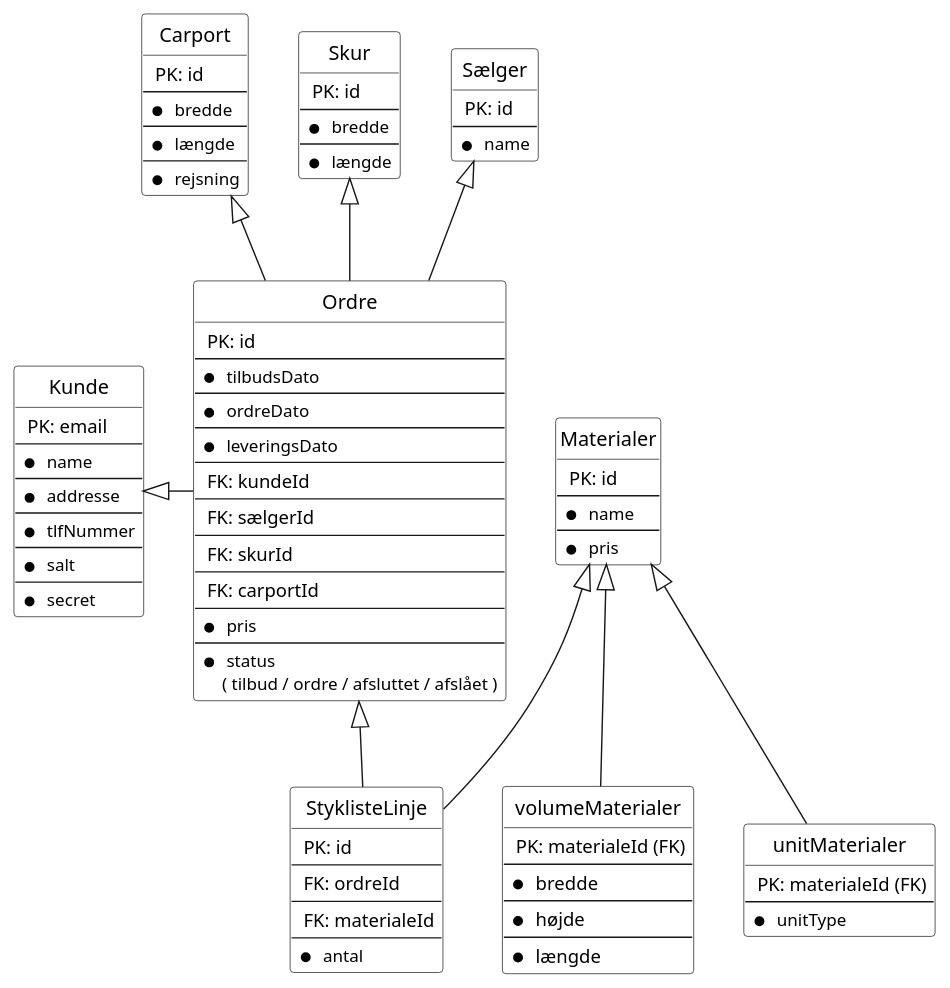
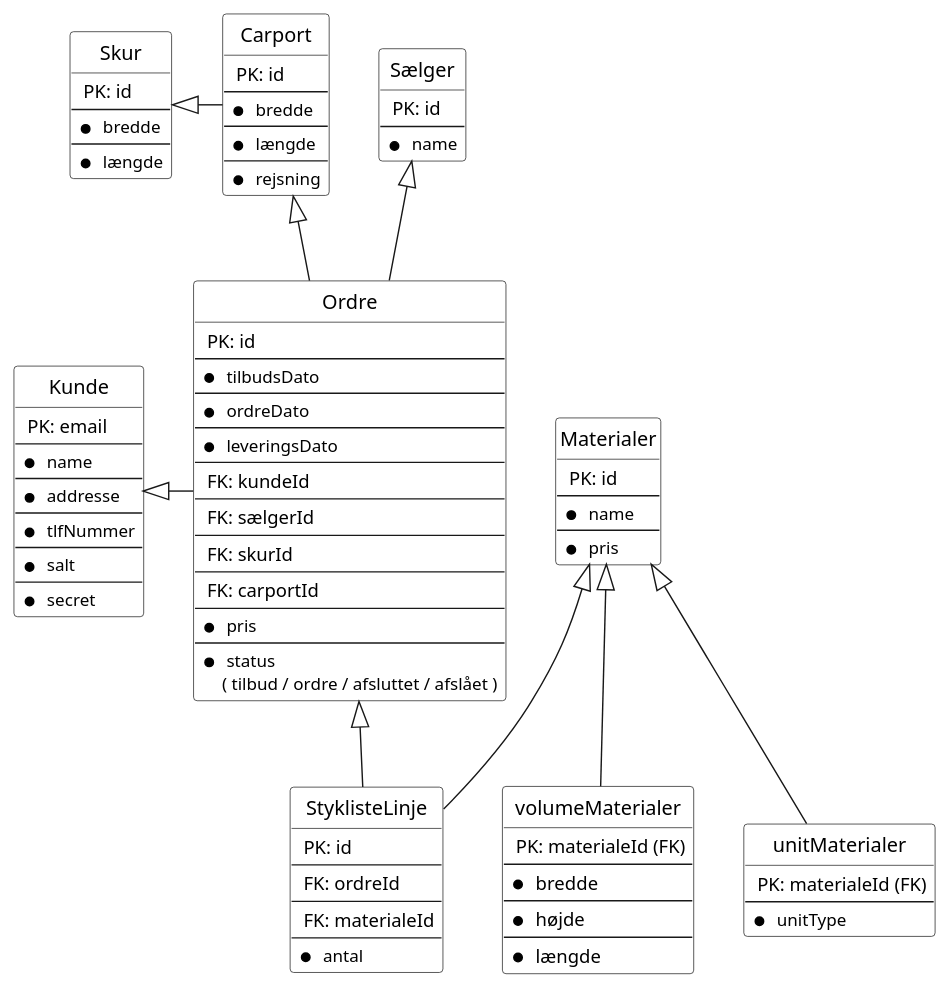
Before and after one commit to kalhauge/Fog: the second of 2 diagrams in src/main/Diagrammer/ER.puml, drawn with PlantUML. The commit also changed other lines of this file and 2 other files, not shown here.

Commit message:
Carport med fladt tag & Rejsning Bestilling

```diff
--- a/src/main/Diagrammer/ER.puml
+++ b/src/main/Diagrammer/ER.puml
@@ -104,115 +104,115 @@
 @startuml
 
 skinparam wrapWidth 300
 
 hide circle
 hide empty members
 
 entity Kunde #White {
    <size:13> PK: email
    --
    * <size:12> name
    --
    * <size:12> addresse
    --
    * <size:12> tlfNummer
    --
    * <size:12> salt
    --
    * <size:12> secret
 }
 
 entity Carport #White {
    <size:13> PK: id
    --
    * <size:12> bredde
    --
    * <size:12> længde
    --
    * <size:12> rejsning
 }
 
 entity Skur #White {
    <size:13> PK: id
    --
    * <size:12> bredde
    --
    * <size:12> længde
 }
 
 
 entity Ordre  #White {
    <size:13> PK: id
    --
    * <size:12> tilbudsDato
    --
    * <size:12> ordreDato
    --
    * <size:12> leveringsDato
    --
    <size:13> FK: kundeId
    --
    <size:13> FK: sælgerId
    --
    <size:13> FK: skurId
    --
    <size:13> FK: carportId
    --
    * <size:12> pris
    --
    * <size:12> status
     <size:12>( tilbud / ordre / afsluttet / afslået )
 }
 
 entity unitMaterialer #White {
    <size:13> PK: materialeId (FK)
    --
    * <size:12> unitType
 }
 
 entity volumeMaterialer #White {
    <size:13> PK: materialeId (FK)
    --
    * <size:13> bredde
    --
    * <size:13> højde
    --
    * <size:13> længde
 }
 
 entity Materialer #White {
    <size:13> PK: id
    --
    * <size:12> name
    --
    * <size:12> pris
 }
 
 entity StyklisteLinje #White {
    <size:13> PK: id
    --
   <size:13> FK: ordreId
    --
    <size:13> FK: materialeId
    --
    * <size:12> antal
 }
 
 entity Sælger #White {
    <size:13> PK: id
    --
    * <size:12> name
 }
 
 
 
 
 Kunde <|- Ordre
 Sælger <|-- Ordre
 Carport <|-- Ordre
-Skur <|-- Ordre
+Skur <|- Carport
 Ordre <|-- StyklisteLinje
 Materialer <|-- StyklisteLinje
 Materialer <|-- volumeMaterialer
 Materialer <|-- unitMaterialer
 @enduml
```
